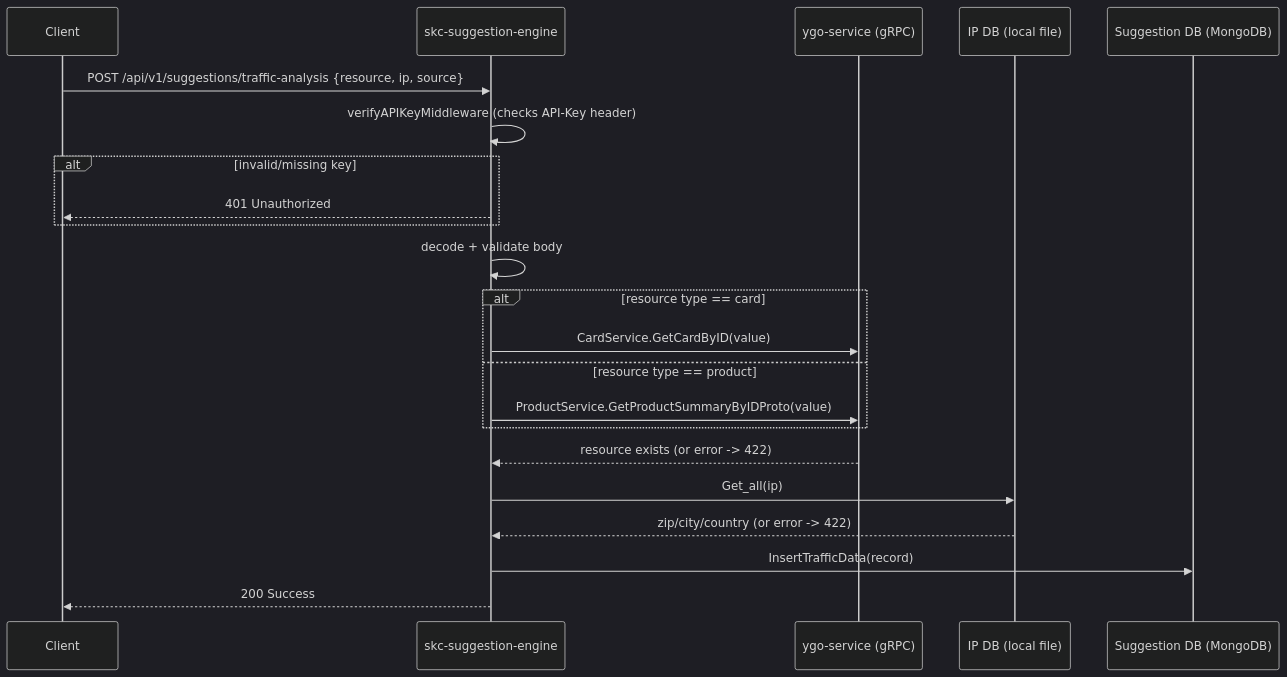
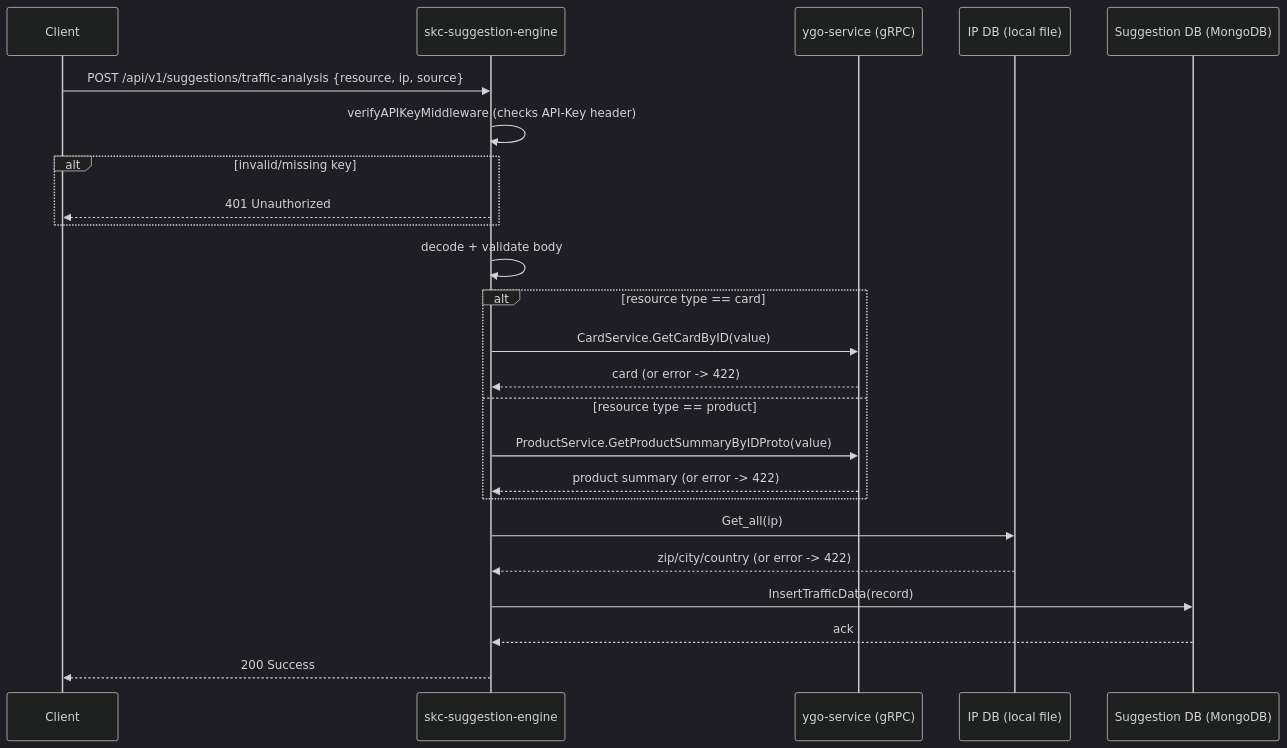
Diagram 12 of 13 in SYSTEM_DESIGN.md (ygo-skc/skc-suggestion-engine), drawn with Mermaid (dark theme) before and after one commit. The commit also changed other lines of this file, not shown here.

````diff
--- a/SYSTEM_DESIGN.md
+++ b/SYSTEM_DESIGN.md
@@ -253,25 +282,27 @@
 ```mermaid
 sequenceDiagram
     participant Client
     participant API as skc-suggestion-engine
     participant YGO as ygo-service (gRPC)
     participant IPDB as IP DB (local file)
     participant DB as Suggestion DB (MongoDB)
 
     Client->>API: POST /api/v1/suggestions/traffic-analysis {resource, ip, source}
     API->>API: verifyAPIKeyMiddleware (checks API-Key header)
     alt invalid/missing key
         API-->>Client: 401 Unauthorized
     end
     API->>API: decode + validate body
     alt resource type == card
         API->>YGO: CardService.GetCardByID(value)
+        YGO-->>API: card (or error -> 422)
     else resource type == product
         API->>YGO: ProductService.GetProductSummaryByIDProto(value)
+        YGO-->>API: product summary (or error -> 422)
     end
-    YGO-->>API: resource exists (or error -> 422)
     API->>IPDB: Get_all(ip)
     IPDB-->>API: zip/city/country (or error -> 422)
     API->>DB: InsertTrafficData(record)
+    DB-->>API: ack
     API-->>Client: 200 Success
 ```
````
